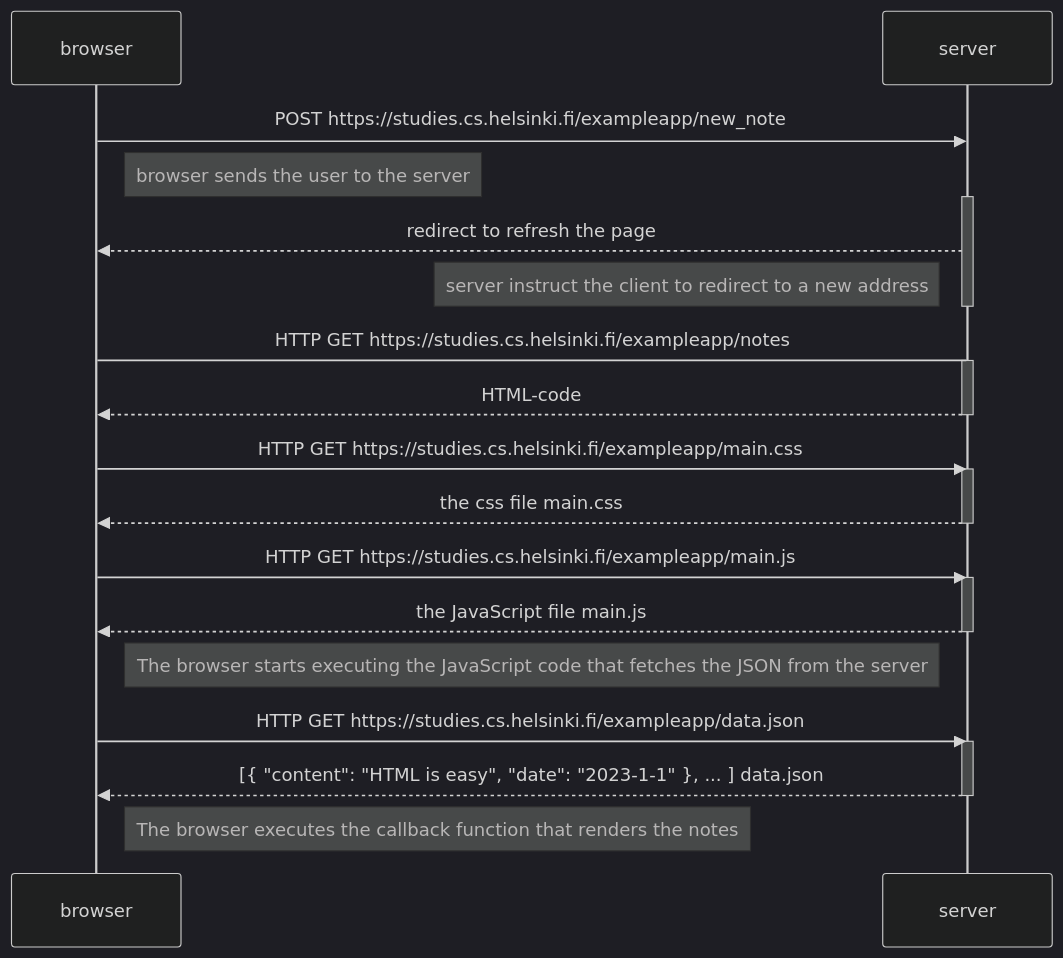
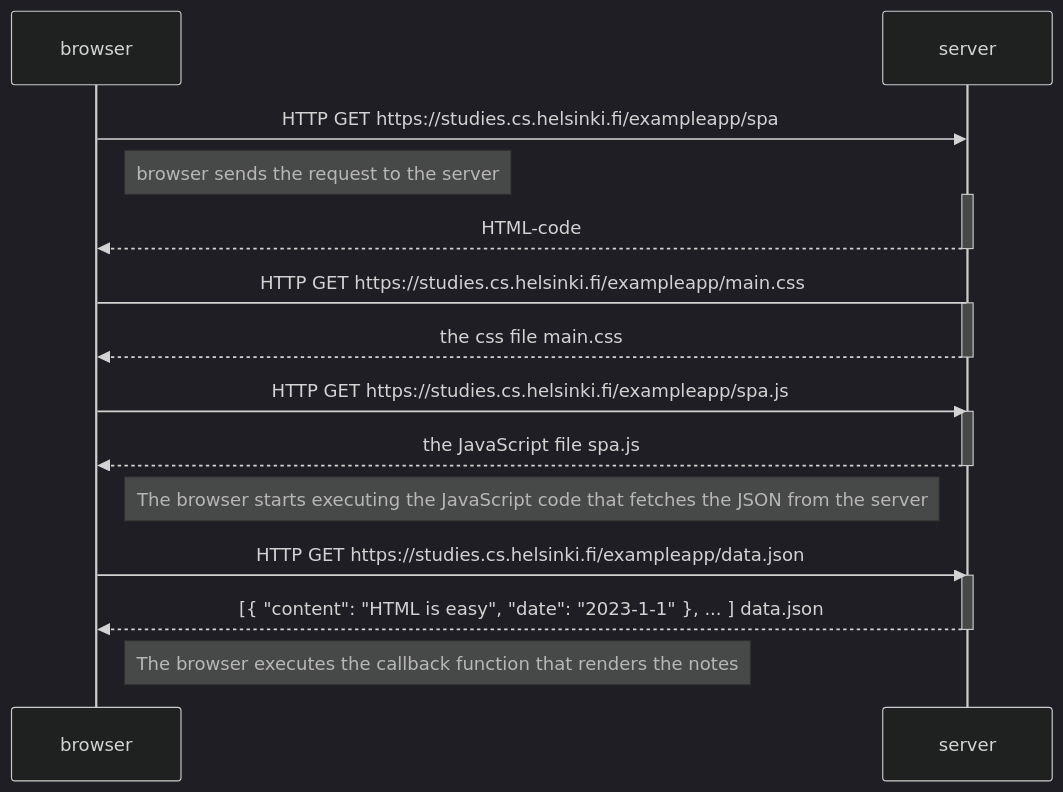
One commit to acnq/fullstackHelsinkiAssign changed the diagram in part0/0.5_SpaDiag/0.5.md. Above: the diagram before and after it, drawn with Mermaid (dark theme). The commit also changed 2 other files, not shown here.

Commit message:
finish 0.5

````diff
--- a/part0/0.5_SpaDiag/0.5.md
+++ b/part0/0.5_SpaDiag/0.5.md
@@ -2,39 +2,31 @@
 ```mermaid
 sequenceDiagram
   participant browser
   participant server
 
-  browser->>server: POST https://studies.cs.helsinki.fi/exampleapp/new_note 
-
-  note right of browser: browser sends the user to the server
-
+  browser->>server: HTTP GET https://studies.cs.helsinki.fi/exampleapp/spa
+  note right of browser: browser sends the request to the server
   activate server
-  server-->>browser: redirect to refresh the page
-  note left of server: server instruct the client to redirect to a new address
-  deactivate server
-
-  browser->server: HTTP GET https://studies.cs.helsinki.fi/exampleapp/notes
-  activate server 
   server-->>browser: HTML-code
   deactivate server
 
-  browser->>server: HTTP GET https://studies.cs.helsinki.fi/exampleapp/main.css
+  browser->server: HTTP GET https://studies.cs.helsinki.fi/exampleapp/main.css
   activate server
   server-->>browser: the css file main.css
   deactivate server
 
-  browser->>server: HTTP GET https://studies.cs.helsinki.fi/exampleapp/main.js
+  browser->>server: HTTP GET https://studies.cs.helsinki.fi/exampleapp/spa.js
 
   activate server
-  server-->>browser: the JavaScript file main.js
+  server-->>browser: the JavaScript file spa.js
   deactivate server
 
   Note right of browser: The browser starts executing the JavaScript code that fetches the JSON from the server
 
   browser->>server: HTTP GET https://studies.cs.helsinki.fi/exampleapp/data.json
   activate server
   server-->>browser: [{ "content": "HTML is easy", "date": "2023-1-1" }, ... ] data.json
   deactivate server
 
   Note right of browser: The browser executes the callback function that renders the notes
 ```
````
